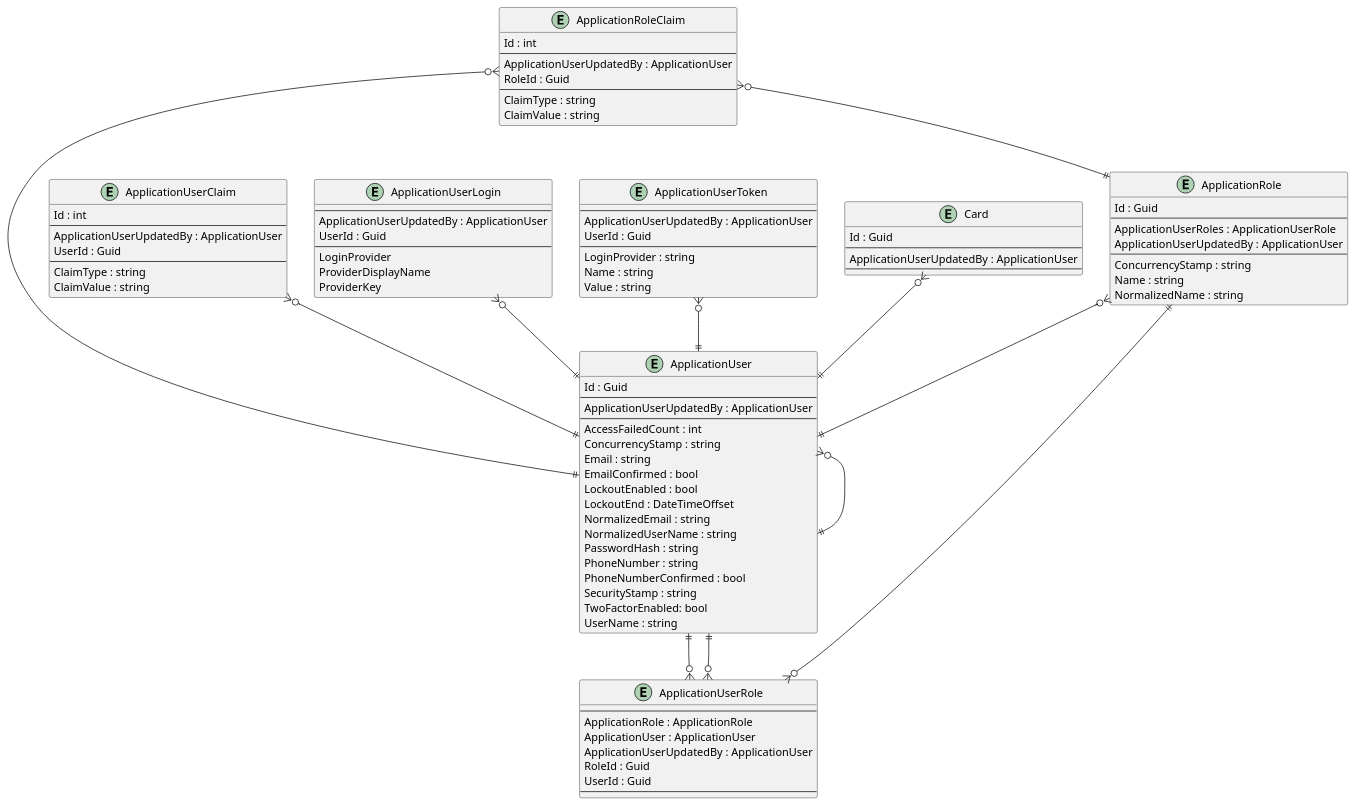
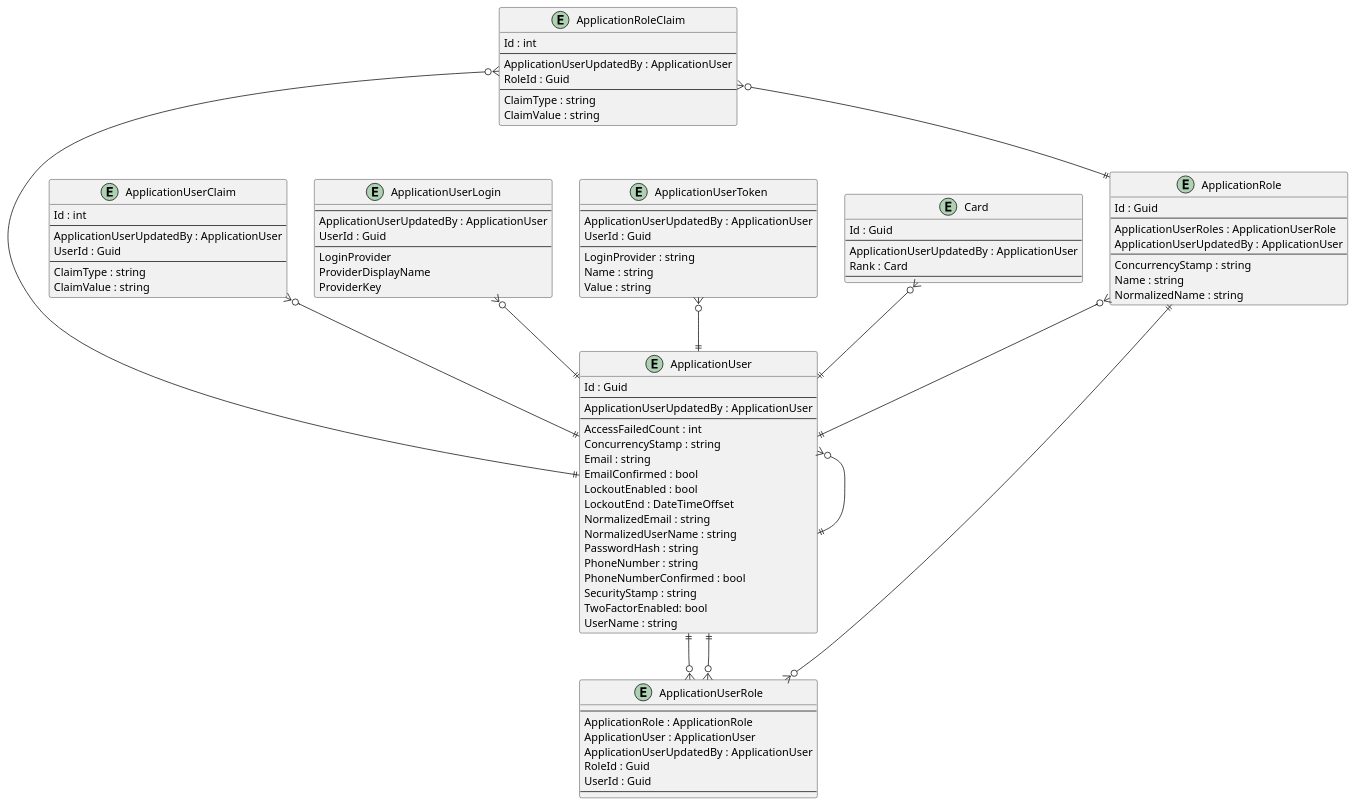
Before and after one commit to intrepion/intrepion_klondike-solitaire_csharp: the diagram in .docs/Intrepion.KlondikeSolitaire.pu, drawn with PlantUML.

```diff
--- a/.docs/Intrepion.KlondikeSolitaire.pu
+++ b/.docs/Intrepion.KlondikeSolitaire.pu
@@ -1,111 +1,112 @@
 @startuml
 
 entity ApplicationRole {
     Id : Guid
     --
     ApplicationUserRoles : ApplicationUserRole
     ApplicationUserUpdatedBy : ApplicationUser
     --
     ConcurrencyStamp : string
     Name : string
     NormalizedName : string
 }
 
 entity ApplicationRoleClaim {
     Id : int
     --
     ApplicationUserUpdatedBy : ApplicationUser
     RoleId : Guid
     --
     ClaimType : string
     ClaimValue : string
 }
 
 entity ApplicationUser {
     Id : Guid
     --
     ApplicationUserUpdatedBy : ApplicationUser
     ' ApplicationUserKeyCodePlaceholder
     --
     AccessFailedCount : int
     ConcurrencyStamp : string
     Email : string
     EmailConfirmed : bool
     LockoutEnabled : bool
     LockoutEnd : DateTimeOffset
     NormalizedEmail : string
     NormalizedUserName : string
     PasswordHash : string
     PhoneNumber : string
     PhoneNumberConfirmed : bool
     SecurityStamp : string
     TwoFactorEnabled: bool
     UserName : string
 }
 
 entity ApplicationUserClaim {
     Id : int
     --
     ApplicationUserUpdatedBy : ApplicationUser
     UserId : Guid
     --
     ClaimType : string
     ClaimValue : string
 }
 
 entity ApplicationUserLogin {
     --
     ApplicationUserUpdatedBy : ApplicationUser
     UserId : Guid
     --
     LoginProvider
     ProviderDisplayName
     ProviderKey
 }
 
 entity ApplicationUserRole {
     --
     ApplicationRole : ApplicationRole
     ApplicationUser : ApplicationUser
     ApplicationUserUpdatedBy : ApplicationUser
     RoleId : Guid
     UserId : Guid
     --
 }
 
 entity ApplicationUserToken {
     --
     ApplicationUserUpdatedBy : ApplicationUser
     UserId : Guid
     --
     LoginProvider : string
     Name : string
     Value : string
 }
 
 entity Card {
     Id : Guid
     --
     ApplicationUserUpdatedBy : ApplicationUser
+    Rank : Card
     ' CardKeyCodePlaceholder
     --
     ' CardPropertyCodePlaceholder
 }
 
 ' EntityCodePlaceholder
 
 ApplicationRole ||--o{ ApplicationUserRole
 ApplicationRole }o--|| ApplicationUser
 ApplicationRoleClaim }o--|| ApplicationRole
 ApplicationRoleClaim }o--|| ApplicationUser
 ApplicationUser }o--|| ApplicationUser
 ApplicationUser ||--o{ ApplicationUserRole
 ApplicationUserClaim }o--|| ApplicationUser
 ApplicationUserLogin }o--|| ApplicationUser
 ApplicationUserRole }o--|| ApplicationUser
 ApplicationUserToken }o--|| ApplicationUser
 
 Card }o--|| ApplicationUser
 ' RelationshipCodePlaceholder
 
 @enduml
```
